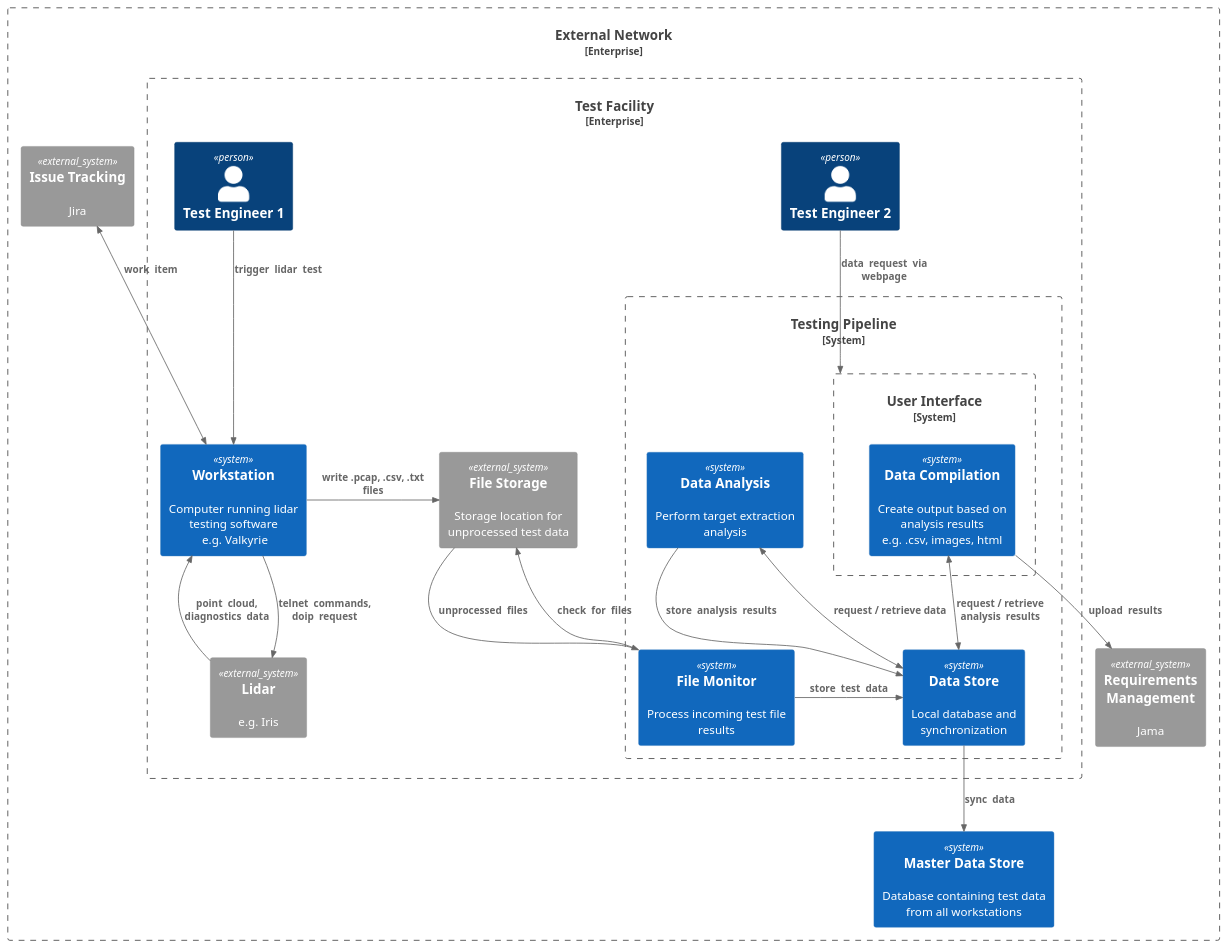
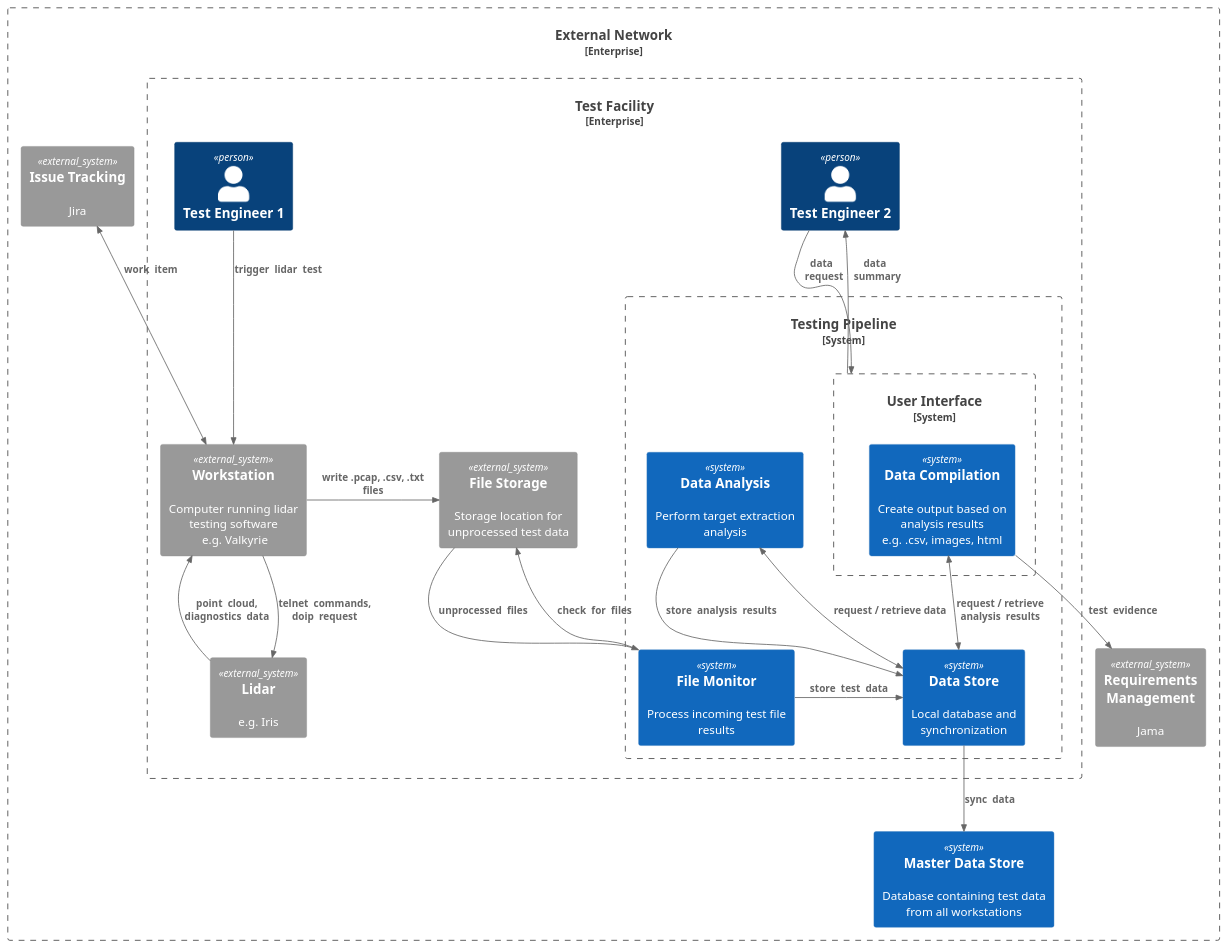
The diagram in docs/architecture/views/context_test_automation_system.plantuml (matthew-beisser/testing-automation-pipeline-3), drawn with PlantUML before and after one commit. The commit also changed 1 other file, not shown here.

Commit message:
Cleaning up context diagram - Slight verbiage change on some systems - Workstation is external system (for now)

```diff
--- a/docs/architecture/views/context_test_automation_system.plantuml
+++ b/docs/architecture/views/context_test_automation_system.plantuml
@@ -1,53 +1,51 @@
 @startuml context_test_automation_system
 !include https://raw.githubusercontent.com/plantuml-stdlib/C4-PlantUML/master/C4_Context.puml
-
-'LAYOUT_WITH_LEGEND()
 
 ' Elements
 Enterprise_Boundary(CloudSystem, "External Network") {
         System_Ext(Jira, "Issue Tracking", "Jira")
         System_Ext(Jama, "Requirements Management", "Jama")
         System(MasterDataStore, "Master Data Store", "Database containing test data from all workstations")
     
     Enterprise_Boundary(FacilitySystem, "Test Facility") {
         Person(Tester1, "Test Engineer 1")
-        System(TestWorkStation, "Workstation", "Computer running lidar testing software\n e.g. Valkyrie")
+        System_Ext(TestWorkStation, "Workstation", "Computer running lidar testing software\n e.g. Valkyrie")
         System_Ext(Lidar, "Lidar", "e.g. Iris")
         
         Person(Tester2, "Test Engineer 2")
 
         System_Ext(FileStorage, "File Storage", "Storage location for unprocessed test data")
 
         System_Boundary(Pipeline, "Testing Pipeline") {
             System(FileMonitor, "File Monitor", "Process incoming test file results")
             System(DataStore, "Data Store", "Local database and synchronization")
             System(DataAnalysis, "Data Analysis", "Perform target extraction analysis")
             System_Boundary(GUI, "User Interface") {
                 System(DataCompilation, "Data Compilation", "Create output based on analysis results\ne.g. .csv, images, html")
             }
         }
     }
 }
 
-'Lay_U(Tester1, Tester2)
-
-Rel_Neighbor(TestWorkStation, FileStorage, "write .pcap, .csv, .txt files")
+'Lay_U(Tester2, GUI)
 
 ' Relationships
 Rel(Tester1, TestWorkStation, "trigger  lidar  test")
+Rel_Neighbor(TestWorkStation, FileStorage, "write .pcap, .csv, .txt files")
 BiRel(Jira, TestWorkStation, "work  item")
 Rel(FileMonitor, FileStorage, "check  for  files")
 Rel_Neighbor(DataAnalysis, DataStore, "store  analysis  results")
 BiRel(DataAnalysis, DataStore, "request / retrieve data")
 BiRel(DataCompilation, DataStore, "request / retrieve  analysis  results")
 Rel_Neighbor(FileMonitor, DataStore, "store  test  data")
 Rel(FileStorage, FileMonitor, "unprocessed  files")
 Rel(TestWorkStation, Lidar, "telnet  commands,\ndoip  request")
 
 Rel(Lidar, TestWorkStation, "point  cloud,\ndiagnostics  data")
-Rel(Tester2, GUI, "data  request  via  webpage")
-Rel(DataCompilation, Jama, "upload  results")
+Rel(Tester2, GUI, "data\n  request")
+Rel(GUI, Tester2, "data\n  summary")
+Rel(DataCompilation, Jama, "test  evidence")
 
 Rel(DataStore, MasterDataStore, "sync  data")
 
 @enduml
```
